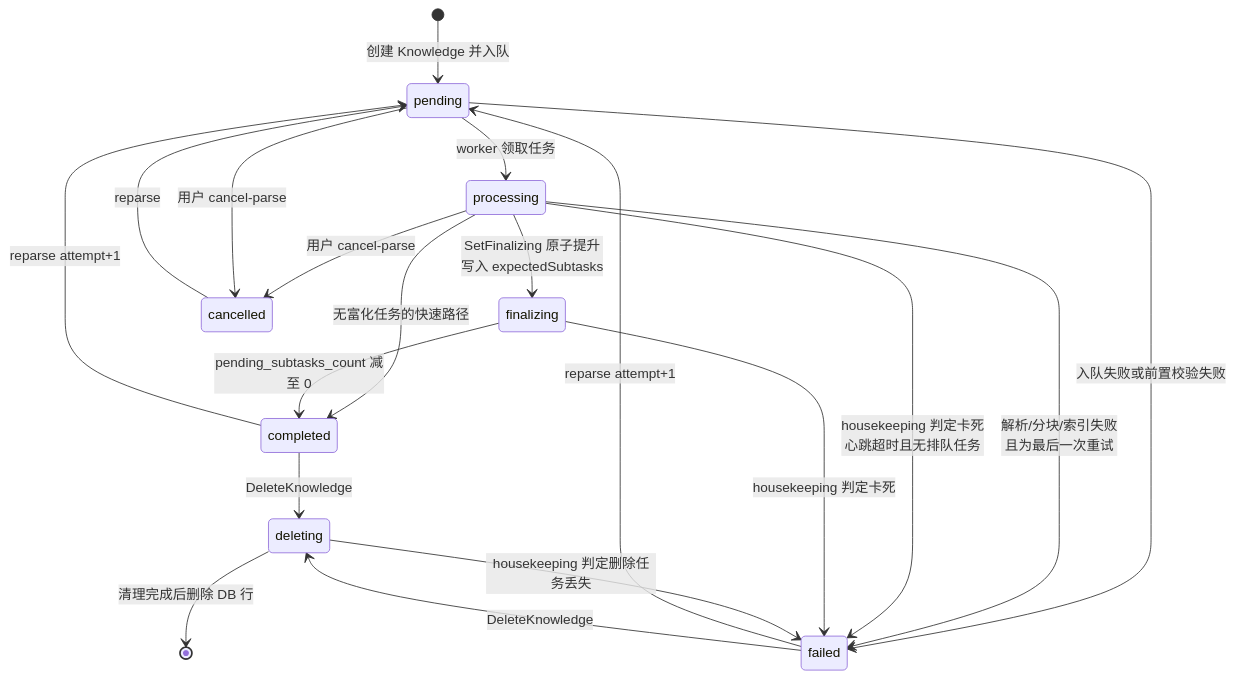
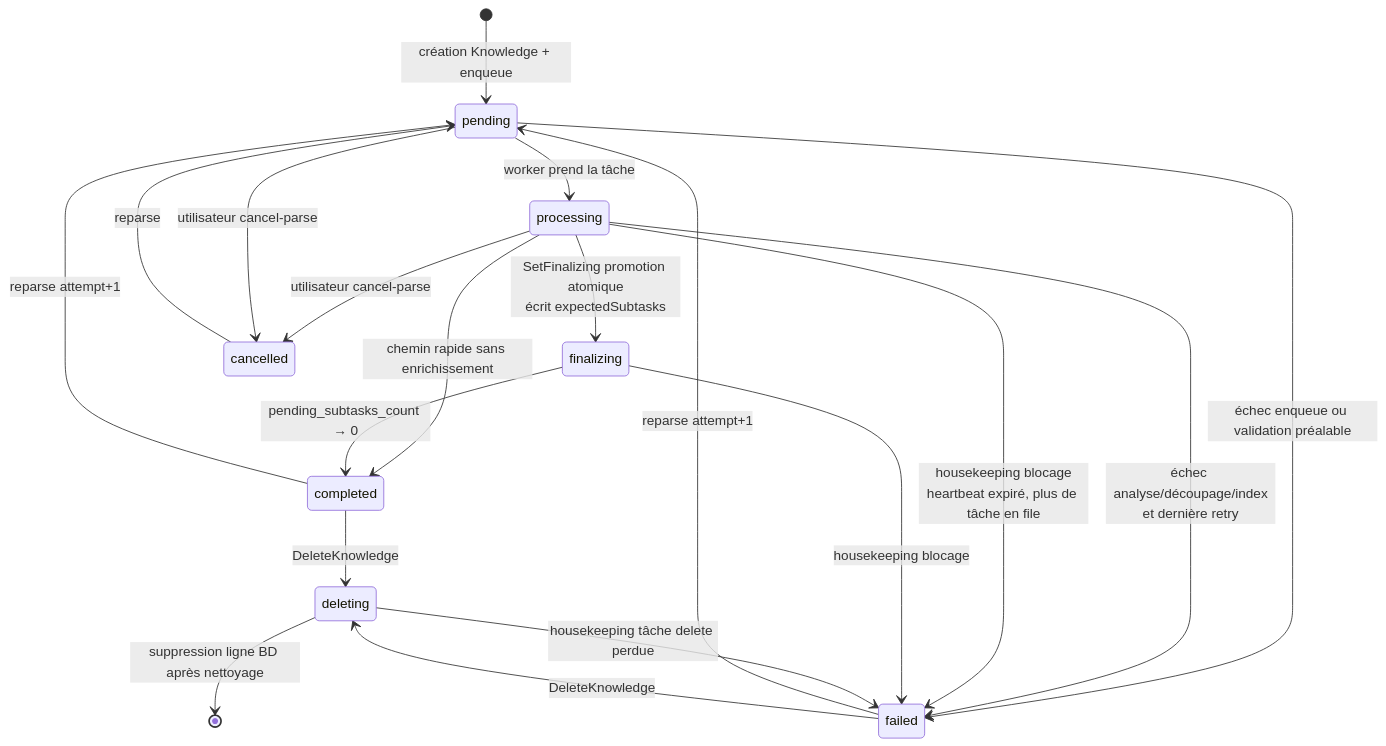
The second of 2 diagrams in website-docs/02-architecture/03-document-pipeline.md (samiriggui-code/gsms-template), drawn with Mermaid before and after one commit. The commit also changed other lines of this file and 301 other files, not shown here.

````diff
--- a/website-docs/02-architecture/03-document-pipeline.md
+++ b/website-docs/02-architecture/03-document-pipeline.md
@@ -425,21 +425,21 @@
 ```mermaid
 stateDiagram-v2
-    [*] --> pending: 创建 Knowledge 并入队
-    pending --> processing: worker 领取任务
-    processing --> finalizing: SetFinalizing 原子提升<br/>写入 expectedSubtasks
-    processing --> completed: 无富化任务的快速路径
-    finalizing --> completed: pending_subtasks_count 减至 0
-    pending --> failed: 入队失败或前置校验失败
-    processing --> failed: 解析/分块/索引失败<br/>且为最后一次重试
-    processing --> cancelled: 用户 cancel-parse
-    pending --> cancelled: 用户 cancel-parse
+    [*] --> pending: création Knowledge + enqueue
+    pending --> processing: worker prend la tâche
+    processing --> finalizing: SetFinalizing promotion atomique<br/>écrit expectedSubtasks
+    processing --> completed: chemin rapide sans enrichissement
+    finalizing --> completed: pending_subtasks_count → 0
+    pending --> failed: échec enqueue ou validation préalable
+    processing --> failed: échec analyse/découpage/index<br/>et dernière retry
+    processing --> cancelled: utilisateur cancel-parse
+    pending --> cancelled: utilisateur cancel-parse
     failed --> pending: reparse attempt+1
     completed --> pending: reparse attempt+1
     cancelled --> pending: reparse
     completed --> deleting: DeleteKnowledge
     failed --> deleting: DeleteKnowledge
-    processing --> failed: housekeeping 判定卡死<br/>心跳超时且无排队任务
-    finalizing --> failed: housekeeping 判定卡死
-    deleting --> failed: housekeeping 判定删除任务丢失
-    deleting --> [*]: 清理完成后删除 DB 行
+    processing --> failed: housekeeping blocage<br/>heartbeat expiré, plus de tâche en file
+    finalizing --> failed: housekeeping blocage
+    deleting --> failed: housekeeping tâche delete perdue
+    deleting --> [*]: suppression ligne BD après nettoyage
 ```
````
